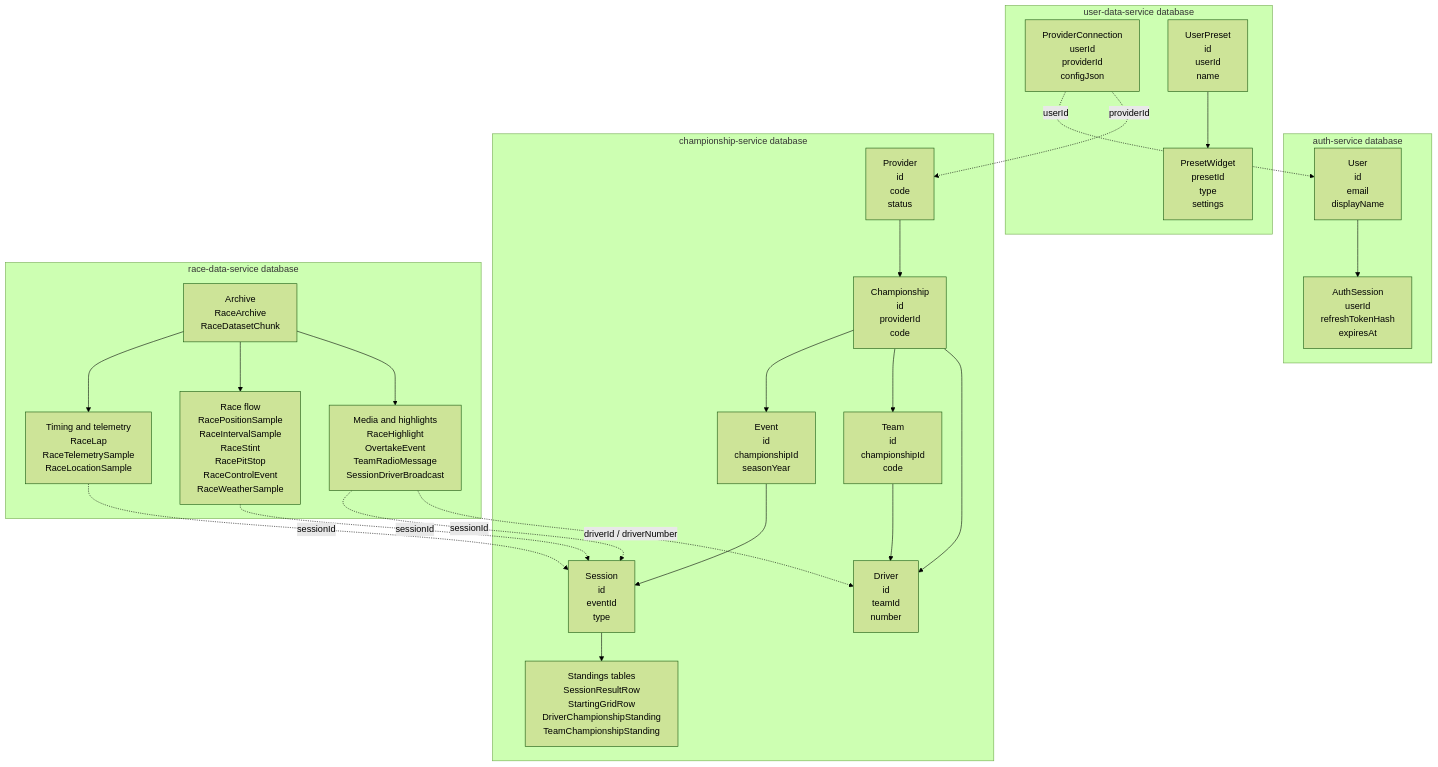
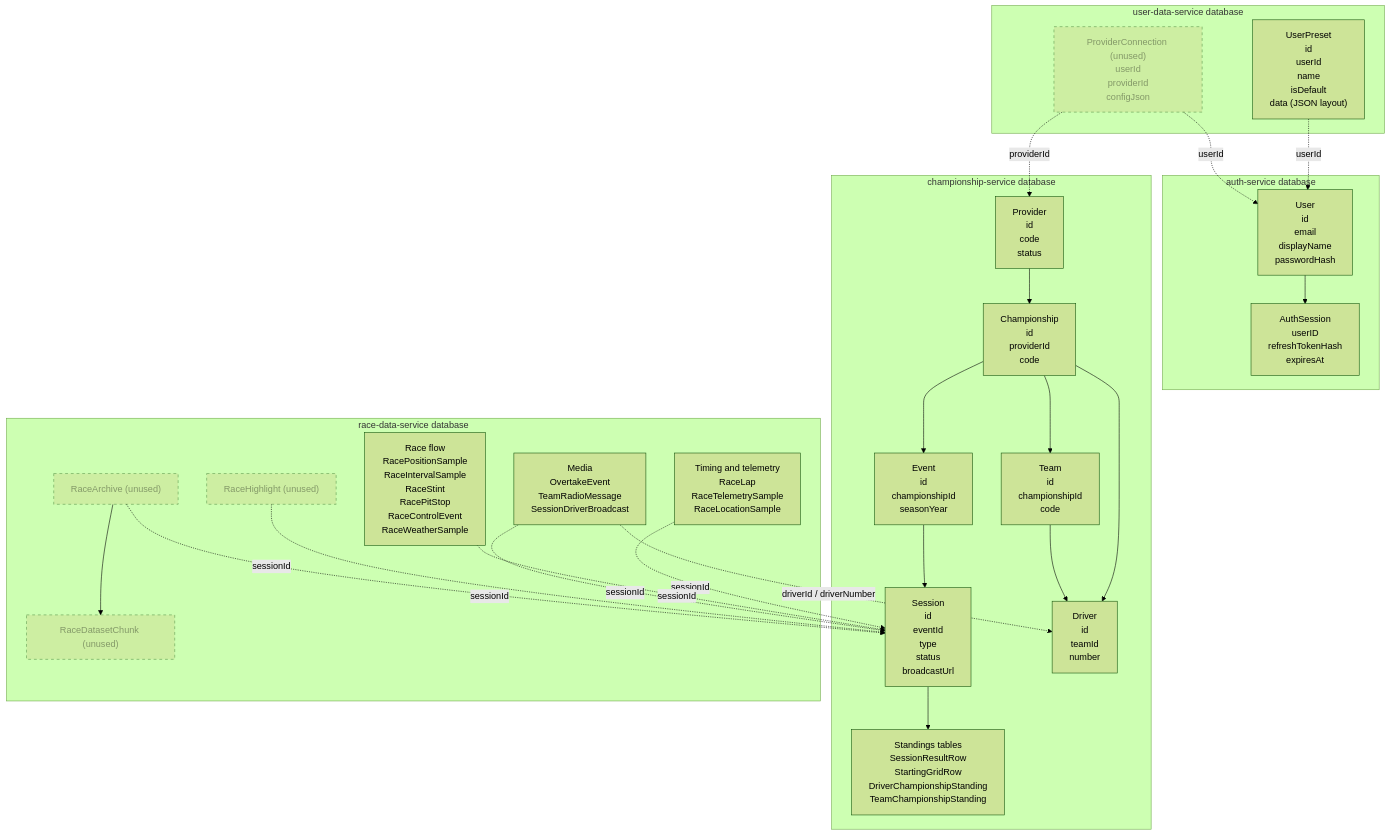
One commit to OverDrive-Motorsports/OD_Backend changed the diagram in docs/database-diagram.mmd. Above: the diagram before and after it, drawn with Mermaid (forest theme). The commit also changed 53 other files, not shown here.

First line of the commit message:
feat(user-data): add per-user layout presets with JWT authentication (#75)

```diff
--- a/docs/database-diagram.mmd
+++ b/docs/database-diagram.mmd
@@ -1,99 +1,102 @@
 flowchart TB
     subgraph AUTH_DB["auth-service database"]
         AUTH_USER["User
 id
 email
-displayName"]
+displayName
+passwordHash"]
         AUTH_SESSION["AuthSession
-userId
+userID
 refreshTokenHash
 expiresAt"]
         AUTH_USER --> AUTH_SESSION
     end
 
     subgraph USER_DATA_DB["user-data-service database"]
-        UDS_CONNECTION["ProviderConnection
+        UDS_PRESET["UserPreset
+id
+userId
+name
+isDefault
+data (JSON layout)"]
+        UDS_CONNECTION["ProviderConnection (unused)
 userId
 providerId
 configJson"]
-        UDS_PRESET["UserPreset
-id
-userId
-name"]
-        UDS_WIDGET["PresetWidget
-presetId
-type
-settings"]
-        UDS_PRESET --> UDS_WIDGET
     end
 
     subgraph CHAMPIONSHIP_DB["championship-service database"]
         CH_PROVIDER["Provider
 id
 code
 status"]
         CH_CHAMP["Championship
 id
 providerId
 code"]
         CH_EVENT["Event
 id
 championshipId
 seasonYear"]
         CH_SESSION["Session
 id
 eventId
-type"]
+type
+status
+broadcastUrl"]
         CH_TEAM["Team
 id
 championshipId
 code"]
         CH_DRIVER["Driver
 id
 teamId
 number"]
         CH_STANDINGS["Standings tables
 SessionResultRow
 StartingGridRow
 DriverChampionshipStanding
 TeamChampionshipStanding"]
         CH_PROVIDER --> CH_CHAMP
         CH_CHAMP --> CH_EVENT
         CH_CHAMP --> CH_TEAM
         CH_CHAMP --> CH_DRIVER
         CH_EVENT --> CH_SESSION
         CH_TEAM --> CH_DRIVER
         CH_SESSION --> CH_STANDINGS
     end
 
     subgraph RACE_DATA_DB["race-data-service database"]
         RD_TIMING["Timing and telemetry
 RaceLap
 RaceTelemetrySample
 RaceLocationSample"]
         RD_FLOW["Race flow
 RacePositionSample
 RaceIntervalSample
 RaceStint
 RacePitStop
 RaceControlEvent
 RaceWeatherSample"]
-        RD_MEDIA["Media and highlights
-RaceHighlight
+        RD_MEDIA["Media
 OvertakeEvent
 TeamRadioMessage
 SessionDriverBroadcast"]
-        RD_ARCHIVE["Archive
-RaceArchive
-RaceDatasetChunk"]
-        RD_ARCHIVE --> RD_TIMING
-        RD_ARCHIVE --> RD_FLOW
-        RD_ARCHIVE --> RD_MEDIA
+        RD_HIGHLIGHT["RaceHighlight (unused)"]
+        RD_ARCHIVE["RaceArchive (unused)"]
+        RD_CHUNK["RaceDatasetChunk (unused)"]
+        RD_ARCHIVE --> RD_CHUNK
     end
 
+    UDS_PRESET -. "userId" .-> AUTH_USER
     UDS_CONNECTION -. "userId" .-> AUTH_USER
     UDS_CONNECTION -. "providerId" .-> CH_PROVIDER
     RD_TIMING -. "sessionId" .-> CH_SESSION
     RD_FLOW -. "sessionId" .-> CH_SESSION
     RD_MEDIA -. "sessionId" .-> CH_SESSION
     RD_MEDIA -. "driverId / driverNumber" .-> CH_DRIVER
+    RD_HIGHLIGHT -. "sessionId" .-> CH_SESSION
+    RD_ARCHIVE -. "sessionId" .-> CH_SESSION
+
+    classDef unused stroke-dasharray: 5 5,opacity:0.6
+    class UDS_CONNECTION,RD_HIGHLIGHT,RD_ARCHIVE,RD_CHUNK unused
```
